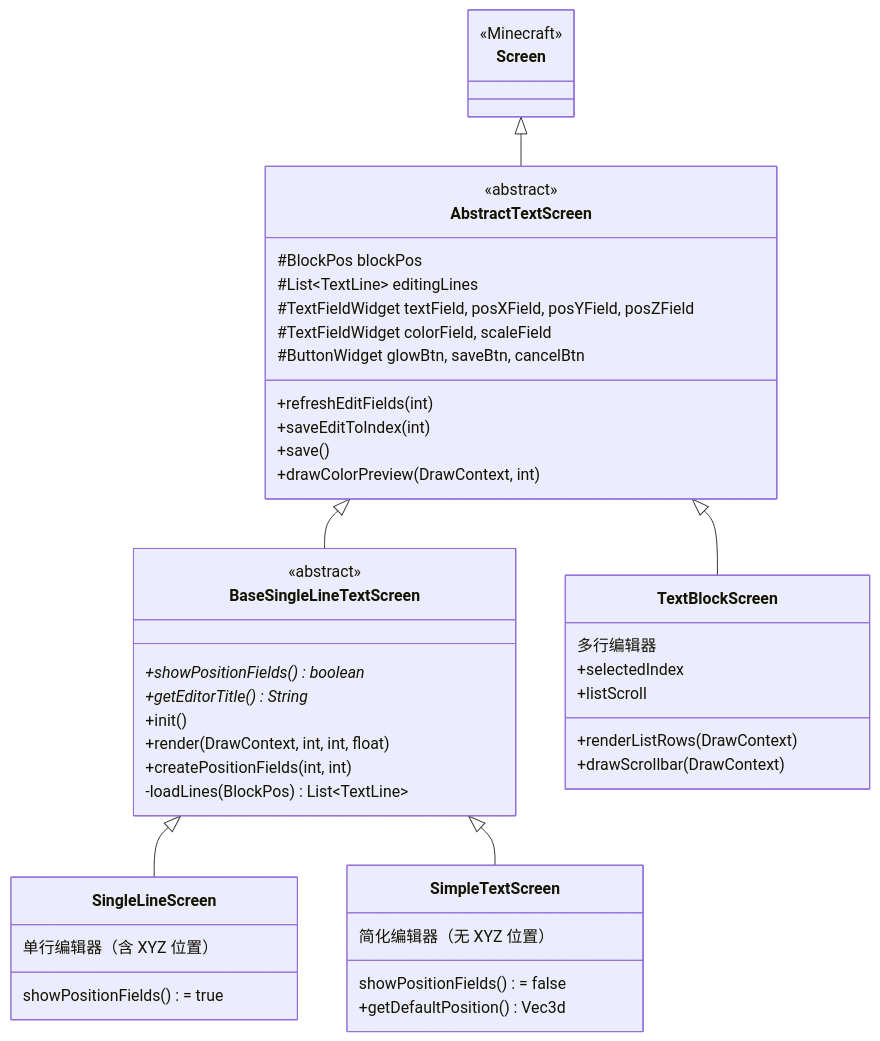
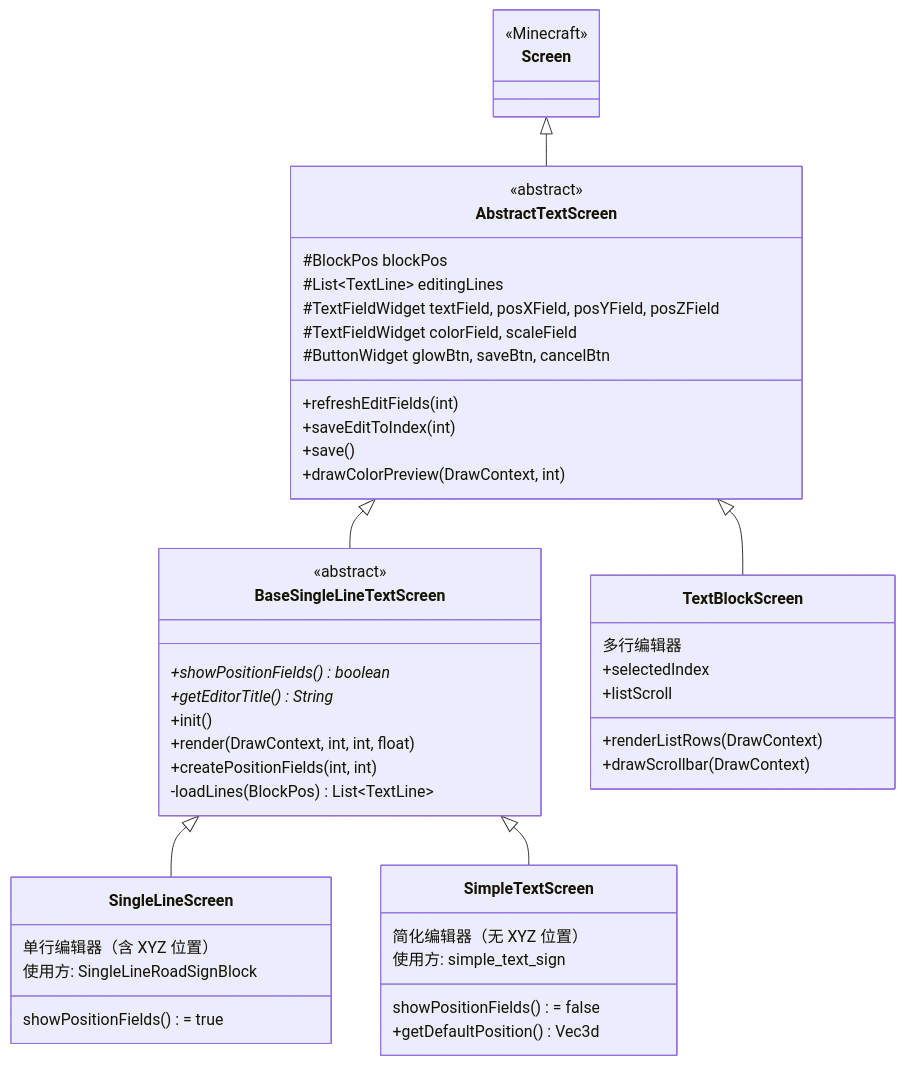
Before and after one commit to Alioces/chinese-core-building: diagram 11 of 12 in docs/apiWiki.md, drawn with Mermaid. The commit also changed other lines of this file and 2 other files, not shown here.

````diff
--- a/docs/apiWiki.md
+++ b/docs/apiWiki.md
@@ -607,50 +634,52 @@
 ```mermaid
 %%{init: {'classDiagram': {'curve': 'linear'}}}%%
 classDiagram
     class Screen {
         <<Minecraft>>
     }
     class AbstractTextScreen {
         <<abstract>>
         #BlockPos blockPos
         #List~TextLine~ editingLines
         #TextFieldWidget textField, posXField, posYField, posZField
         #TextFieldWidget colorField, scaleField
         #ButtonWidget glowBtn, saveBtn, cancelBtn
         +refreshEditFields(int)
         +saveEditToIndex(int)
         +save()
         +drawColorPreview(DrawContext, int)
     }
     class BaseSingleLineTextScreen {
         <<abstract>>
         +showPositionFields()* boolean
         +getEditorTitle()* String
         +init()
         +render(DrawContext, int, int, float)
         +createPositionFields(int, int)
         -loadLines(BlockPos) List~TextLine~
     }
     class TextBlockScreen {
         多行编辑器
         +selectedIndex
         +listScroll
         +renderListRows(DrawContext)
         +drawScrollbar(DrawContext)
     }
     class SingleLineScreen {
         单行编辑器（含 XYZ 位置）
         showPositionFields() = true
+        使用方: SingleLineRoadSignBlock
     }
     class SimpleTextScreen {
         简化编辑器（无 XYZ 位置）
         showPositionFields() = false
         +getDefaultPosition() Vec3d
+        使用方: simple_text_sign
     }
 
     Screen <|-- AbstractTextScreen
     AbstractTextScreen <|-- TextBlockScreen
     AbstractTextScreen <|-- BaseSingleLineTextScreen
     BaseSingleLineTextScreen <|-- SingleLineScreen
     BaseSingleLineTextScreen <|-- SimpleTextScreen
 ```
````
